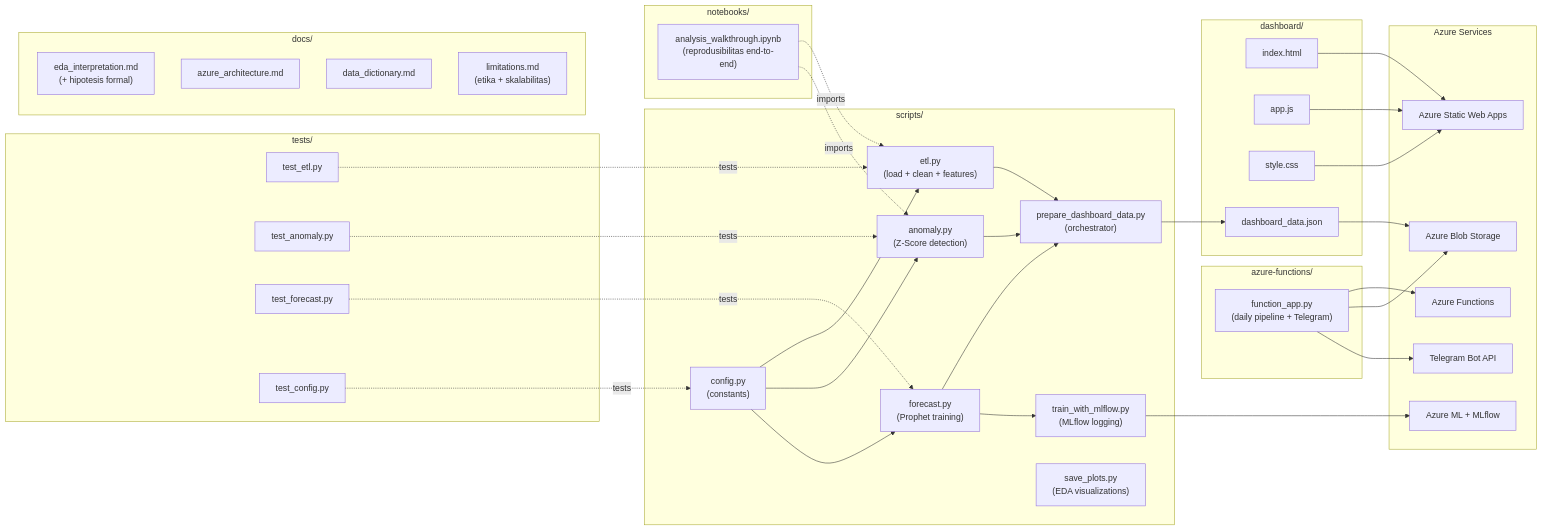
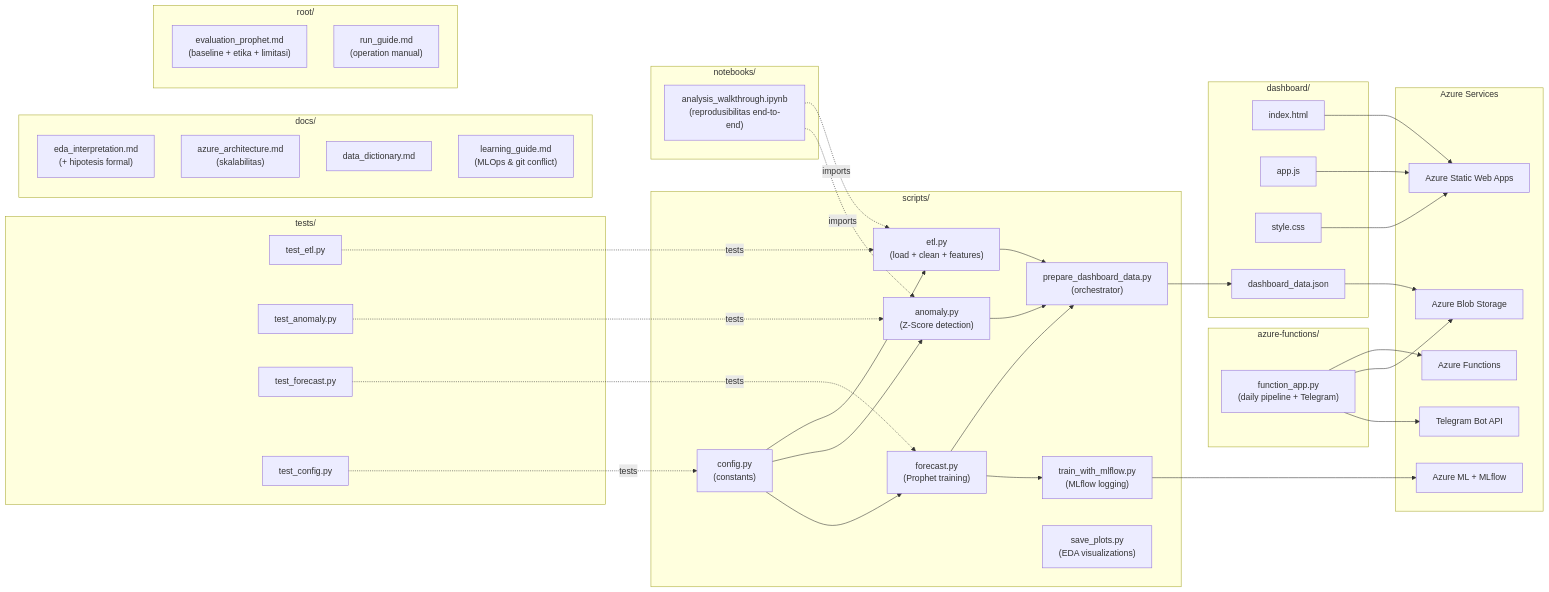
One commit to aceh-resilience-monitor/Aceh-Resilience-Monitor changed the sixth of 8 diagrams in docs/strategy/05_arm_workflow_dataflow.md. Above: the diagram before and after it, drawn with Mermaid. The commit also changed other lines of this file and 8 other files, not shown here.

````diff
--- a/docs/strategy/05_arm_workflow_dataflow.md
+++ b/docs/strategy/05_arm_workflow_dataflow.md
@@ -236,72 +236,77 @@
 ```mermaid
 graph LR
     subgraph "scripts/"
         S1["config.py\n(constants)"]
         S2["etl.py\n(load + clean + features)"]
         S3["anomaly.py\n(Z-Score detection)"]
         S4["forecast.py\n(Prophet training)"]
         S5["train_with_mlflow.py\n(MLflow logging)"]
         S6["prepare_dashboard_data.py\n(orchestrator)"]
         S7["save_plots.py\n(EDA visualizations)"]
     end
 
     subgraph "azure-functions/"
         AF["function_app.py\n(daily pipeline + Telegram)"]
     end
 
     subgraph "notebooks/"
         NB["analysis_walkthrough.ipynb\n(reprodusibilitas end-to-end)"]
     end
 
     subgraph "dashboard/"
         D1["index.html"]
         D2["app.js"]
         D3["style.css"]
         D4["dashboard_data.json"]
     end
 
     subgraph "tests/"
         T1["test_etl.py"]
         T2["test_anomaly.py"]
         T3["test_forecast.py"]
         T4["test_config.py"]
     end
 
     subgraph "docs/"
         DOC1["eda_interpretation.md\n(+ hipotesis formal)"]
-        DOC2["azure_architecture.md"]
+        DOC2["azure_architecture.md\n(skalabilitas)"]
         DOC3["data_dictionary.md"]
-        DOC4["limitations.md\n(etika + skalabilitas)"]
+        DOC4["learning_guide.md\n(MLOps & git conflict)"]
+    end
+
+    subgraph "root/"
+        R1["evaluation_prophet.md\n(baseline + etika + limitasi)"]
+        R2["run_guide.md\n(operation manual)"]
     end
 
     subgraph "Azure Services"
         AZ1["Azure Blob Storage"]
         AZ2["Azure ML + MLflow"]
         AZ3["Azure Static Web Apps"]
         AZ4["Azure Functions"]
         AZ5["Telegram Bot API"]
     end
 
     S1 --> S2
     S1 --> S3
     S1 --> S4
     S2 --> S6
     S3 --> S6
     S4 --> S6
     S4 --> S5
     S5 --> AZ2
     S6 --> D4
     D4 --> AZ1
     AF --> AZ4
     AF --> AZ1
     AF --> AZ5
     D1 --> AZ3
     D2 --> AZ3
     D3 --> AZ3
     NB -.->|"imports"| S2
     NB -.->|"imports"| S3
     T1 -.->|"tests"| S2
     T2 -.->|"tests"| S3
     T3 -.->|"tests"| S4
     T4 -.->|"tests"| S1
 ```
````
